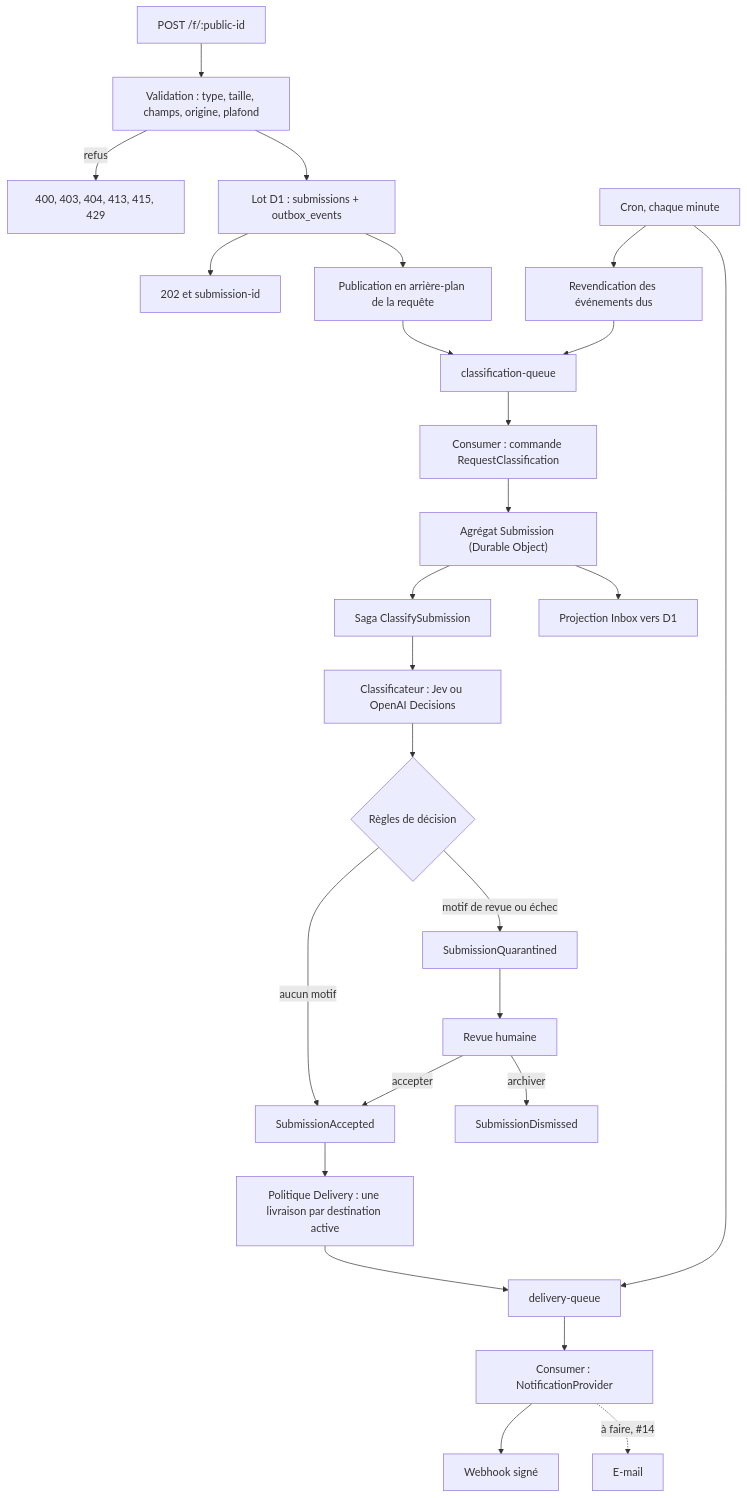
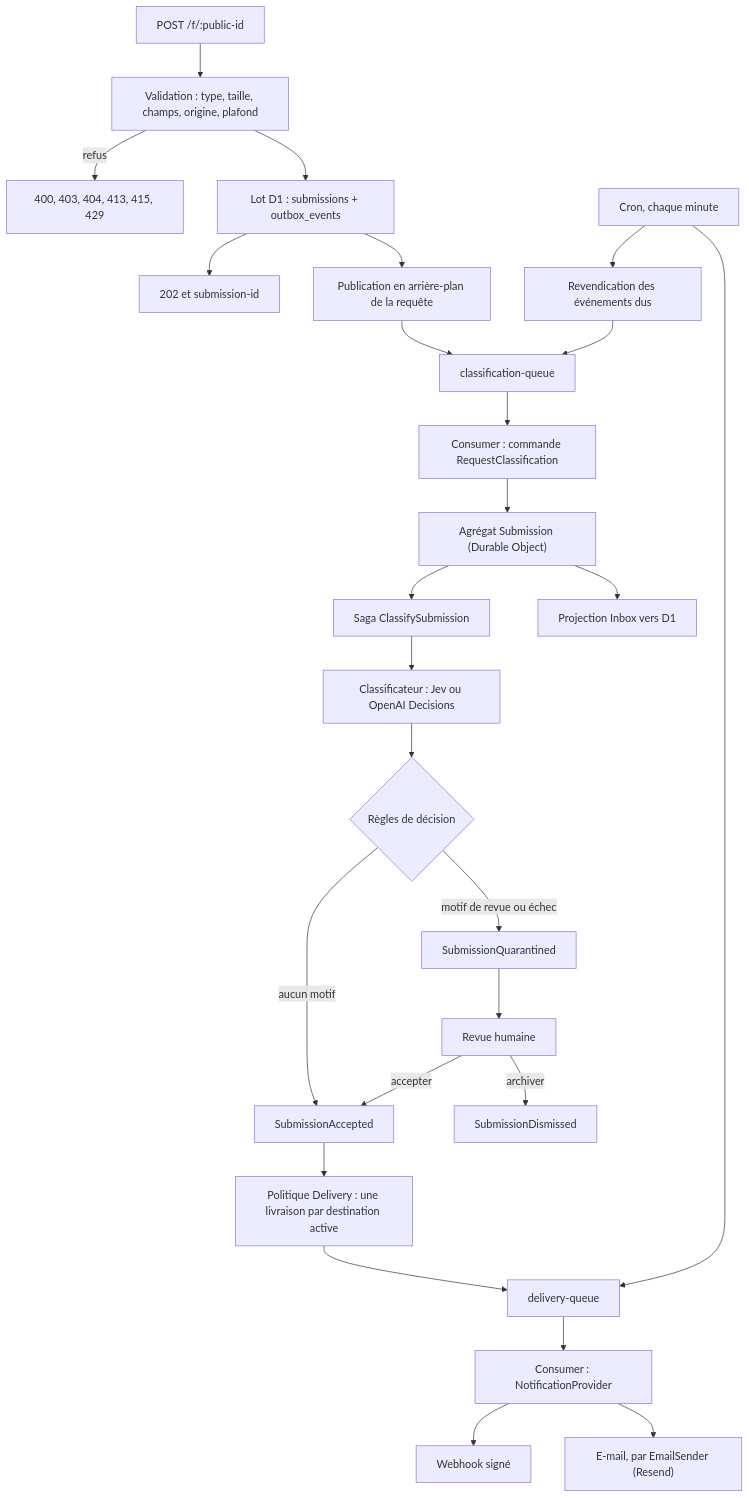
Before and after one commit to basaltbytes/rondyr: the diagram in architecture.md, drawn with Mermaid. The commit also changed other lines of this file and 3 other files, not shown here.

````diff
--- a/architecture.md
+++ b/architecture.md
@@ -71,28 +71,28 @@
 ```mermaid
 flowchart TD
   A["POST /f/:public-id"] --> B["Validation : type, taille, champs, origine, plafond"]
   B -->|refus| C["400, 403, 404, 413, 415, 429"]
   B --> D["Lot D1 : submissions + outbox_events"]
   D --> E["202 et submission-id"]
   D --> T["Publication en arrière-plan de la requête"]
   T --> H["classification-queue"]
   F["Cron, chaque minute"] --> G["Revendication des événements dus"]
   G --> H
   H --> I["Consumer : commande RequestClassification"]
   I --> J["Agrégat Submission (Durable Object)"]
   J --> K["Saga ClassifySubmission"]
   K --> L["Classificateur : Jev ou OpenAI Decisions"]
   L --> M{"Règles de décision"}
   M -->|aucun motif| N["SubmissionAccepted"]
   M -->|motif de revue ou échec| O["SubmissionQuarantined"]
   O --> P["Revue humaine"]
   P -->|accepter| N
   P -->|archiver| Q["SubmissionDismissed"]
   J --> R["Projection Inbox vers D1"]
   N --> S["Politique Delivery : une livraison par destination active"]
   S --> U["delivery-queue"]
   F --> U
   U --> V["Consumer : NotificationProvider"]
   V --> W["Webhook signé"]
-  V -.->|à faire, #14| X["E-mail"]
+  V --> X["E-mail, par EmailSender (Resend)"]
 ```
````
